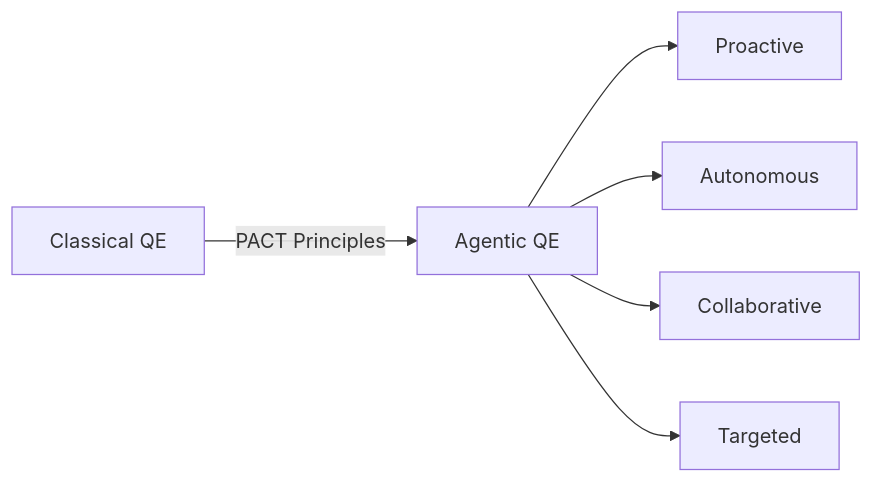
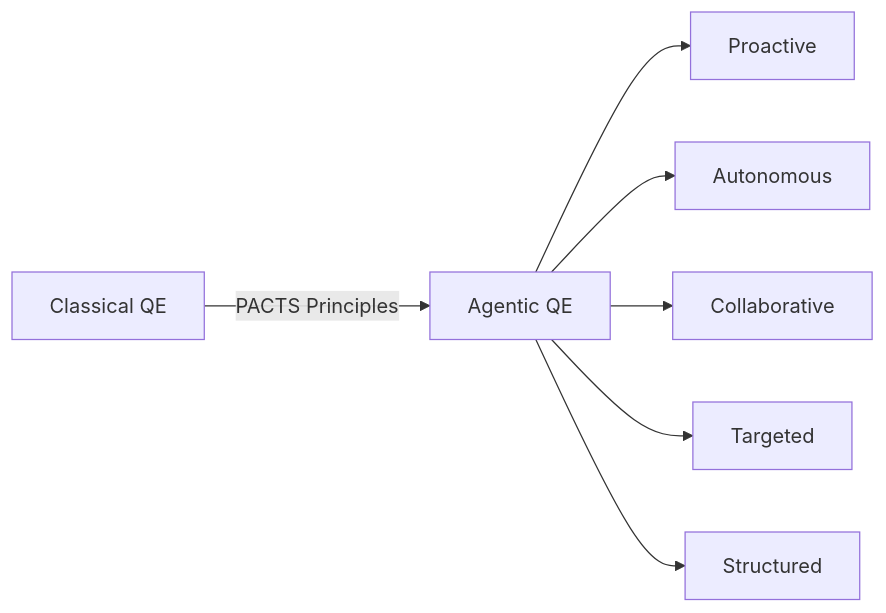
One commit to proffesor-for-testing/proffesor-for-testing changed the diagram in README.md. Above: the diagram before and after it, drawn with Mermaid. The commit also changed other lines of this file, not shown here.

First line of the commit message:
Migrate PACT → PACTS + add nagual-qe; experience 30+ years

````diff
--- a/README.md
+++ b/README.md
@@ -15,8 +15,9 @@
 ```mermaid
 graph LR
-    A[Classical QE] -->|PACT Principles| B[Agentic QE]
+    A[Classical QE] -->|PACTS Principles| B[Agentic QE]
     B --> C[Proactive]
     B --> D[Autonomous]
     B --> E[Collaborative]
     B --> F[Targeted]
+    B --> G[Structured]
 ```
````
